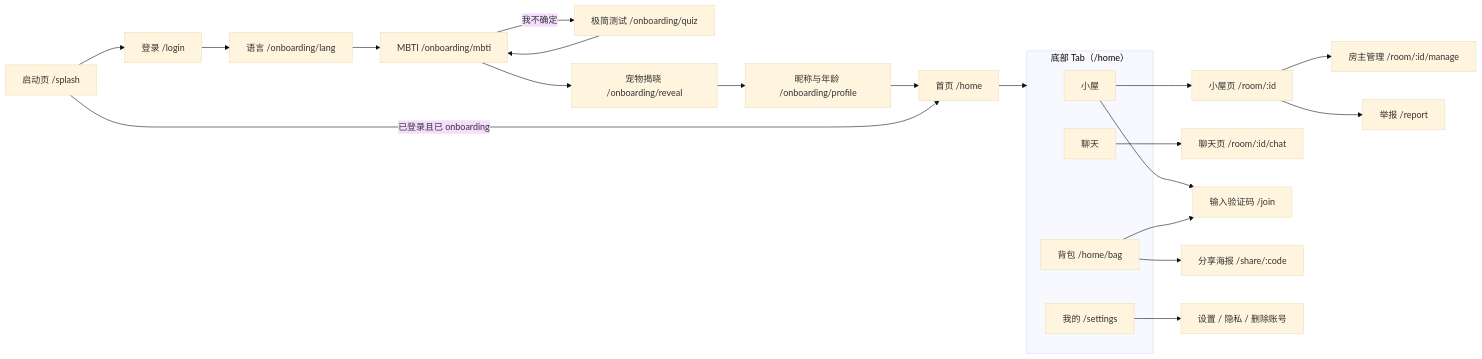
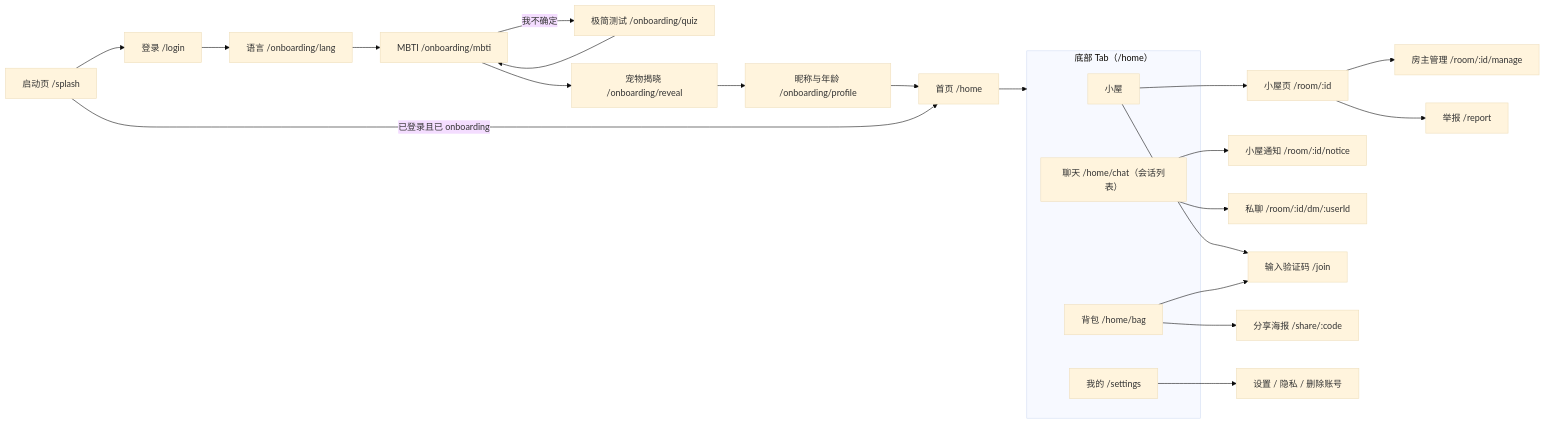
The sixth of 6 diagrams in 前端技术设计文档（TRD）：PetBridge（Flutter）.md (jinheng0301/PetBridge_frontend), drawn with Mermaid (base theme) before and after one commit. The commit also changed other lines of this file and 5 other files, not shown here.

````diff
--- a/前端技术设计文档（TRD）：PetBridge（Flutter）.md
+++ b/前端技术设计文档（TRD）：PetBridge（Flutter）.md
@@ -600,28 +631,29 @@
 ```mermaid
 flowchart LR
     Splash["启动页 /splash"] --> Login["登录 /login"]
     Login --> OnbLang["语言 /onboarding/lang"]
     OnbLang --> OnbMbti["MBTI /onboarding/mbti"]
     OnbMbti -->|"我不确定"| OnbQuiz["极简测试 /onboarding/quiz"]
     OnbQuiz --> OnbMbti
     OnbMbti --> Reveal["宠物揭晓 /onboarding/reveal"]
     Reveal --> Profile["昵称与年龄 /onboarding/profile"]
     Profile --> Home["首页 /home"]
     Splash -->|"已登录且已 onboarding"| Home
 
     subgraph Tabs["底部 Tab（/home）"]
         TabRoom["小屋"]
-        TabChat["聊天"]
+        TabChat["聊天 /home/chat（会话列表）"]
         TabCodes["背包 /home/bag"]
         TabMe["我的 /settings"]
     end
     Home --> Tabs
     TabRoom --> Room["小屋页 /room/:id"]
-    TabChat --> Chat["聊天页 /room/:id/chat"]
+    TabChat --> Notice["小屋通知 /room/:id/notice"]
+    TabChat --> Dm["私聊 /room/:id/dm/:userId"]
     Room --> Manage["房主管理 /room/:id/manage"]
     Room --> Report["举报 /report"]
     TabRoom --> Join["输入验证码 /join"]
     TabCodes --> Share["分享海报 /share/:code"]
     TabCodes --> Join
     TabMe --> Settings["设置 / 隐私 / 删除账号"]
 ```
````
